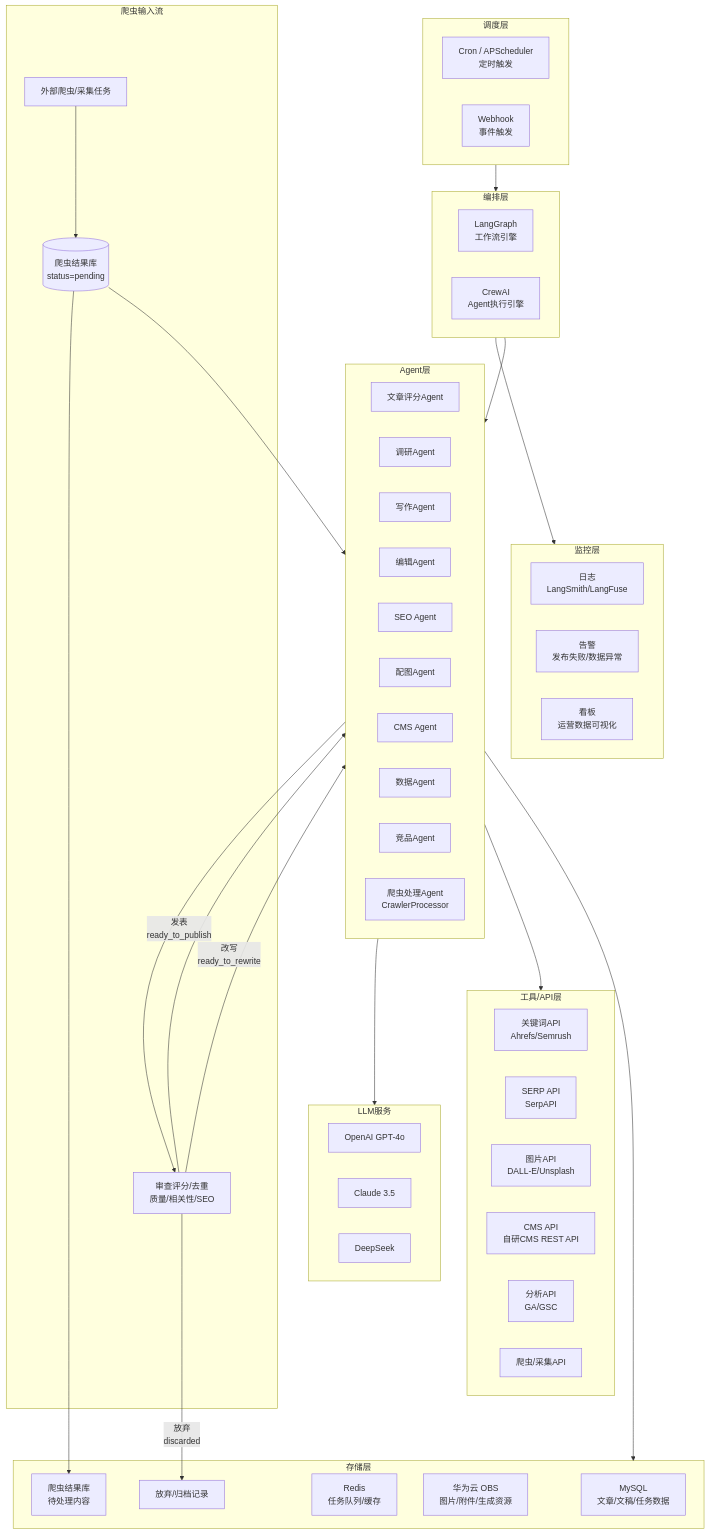
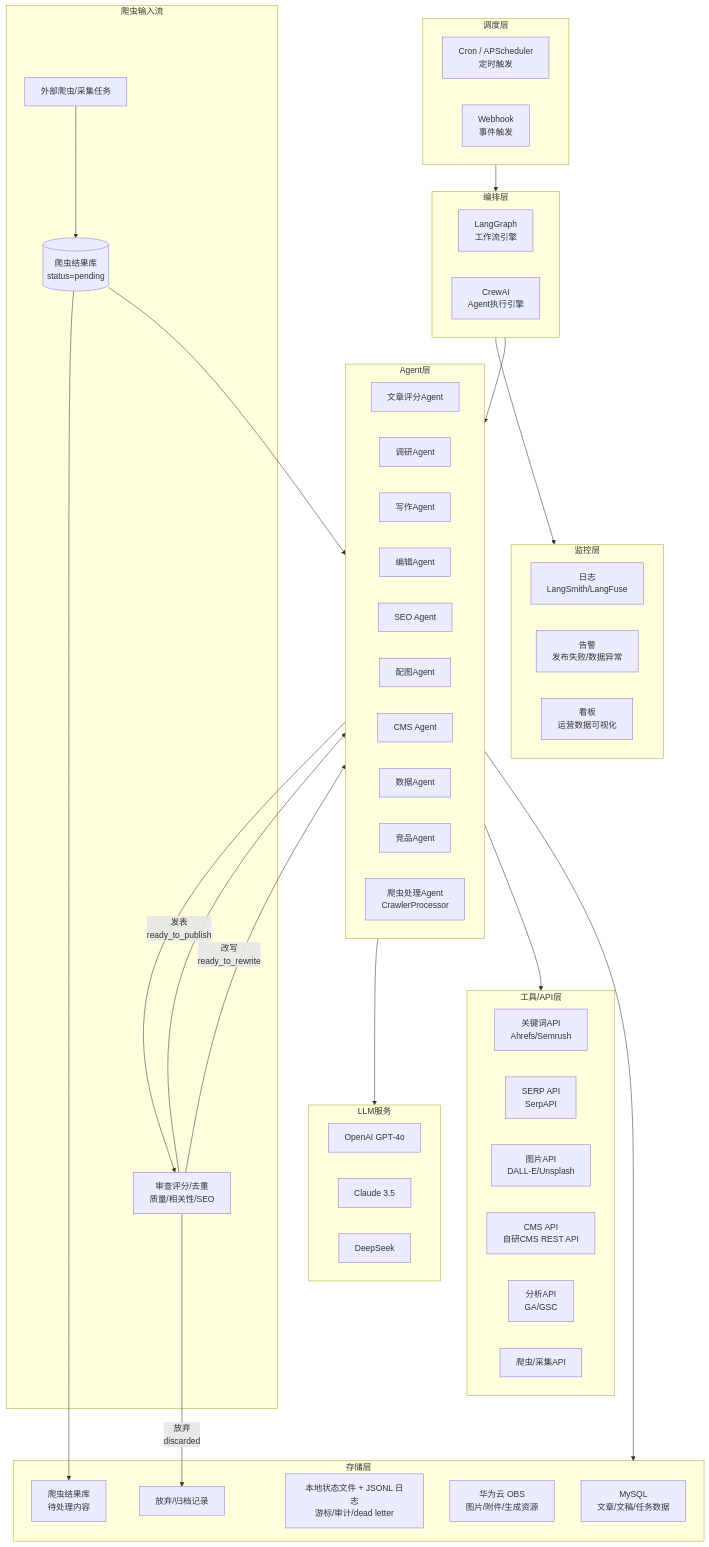
Before and after one commit to flyingsnowzz/Multi-Agent-Automatic-Operation-Website: the sixth of 10 diagrams in 多Agent自动运营网站方案.md, drawn with Mermaid. The commit also changed other lines of this file and 69 other files, not shown here.

````diff
--- a/多Agent自动运营网站方案.md
+++ b/多Agent自动运营网站方案.md
@@ -962,76 +962,76 @@
 ```mermaid
 flowchart TD
     subgraph SCHEDULER["调度层"]
         CRON["Cron / APScheduler<br/>定时触发"]
         WEBHOOK["Webhook<br/>事件触发"]
     end
 
     subgraph CRAWLER_FLOW["爬虫输入流"]
         SPIDER["外部爬虫/采集任务"]
         CRAWLER_DB[("爬虫结果库<br/>status=pending")]
         REVIEW["审查评分/去重<br/>质量/相关性/SEO"]
     end
 
     subgraph ORCHESTRATOR["编排层"]
         LANGGRAPH["LangGraph<br/>工作流引擎"]
         CREWAI["CrewAI<br/>Agent执行引擎"]
     end
 
     subgraph AGENTS["Agent层"]
     		direction LR
         A1["文章评分Agent"]
         A2["调研Agent"]
         A3["写作Agent"] 
         
         %% 第二行
         A4["编辑Agent"] 
         A5["SEO Agent"]
         A6["配图Agent"] 
         A7["CMS Agent"]
         A8["数据Agent"]
         A9["竞品Agent"]
         A10["爬虫处理Agent<br/>CrawlerProcessor"]
     end
 
     subgraph LLM["LLM服务"]
         OPENAI["OpenAI GPT-4o"]
         CLAUDE["Claude 3.5"]
         DEEPSEEK["DeepSeek"]
     end
 
     subgraph TOOLS["工具/API层"]
         KW_API["关键词API<br/>Ahrefs/Semrush"]
         SERP_API["SERP API<br/>SerpAPI"]
         IMG_API["图片API<br/>DALL-E/Unsplash"]
         CMS_API["CMS API<br/>自研CMS REST API"]
         GA_API["分析API<br/>GA/GSC"]
         CRAWLER_API["爬虫/采集API"]
     end
 
     subgraph STORAGE["存储层"]
         DB["MySQL<br/>文章/文稿/任务数据"]
         CRAWL_STORE["爬虫结果库<br/>待处理内容"]
-        REDIS["Redis<br/>任务队列/缓存"]
+        STATE["本地状态文件 + JSONL 日志<br/>游标/审计/dead letter"]
         S3["华为云 OBS<br/>图片/附件/生成资源"]
         DISCARD["放弃/归档记录"]
     end
 
     subgraph MONITOR["监控层"]
         LOG["日志<br/>LangSmith/LangFuse"]
         ALERT["告警<br/>发布失败/数据异常"]
         DASHBOARD["看板<br/>运营数据可视化"]
     end
 
     SCHEDULER --> ORCHESTRATOR --> AGENTS
     SPIDER --> CRAWLER_DB
     CRAWLER_DB --> A10
     A10 --> REVIEW
     REVIEW -->|"发表<br/>ready_to_publish"| A7
     REVIEW -->|"改写<br/>ready_to_rewrite"| A3
     REVIEW -->|"放弃<br/>discarded"| DISCARD
     AGENTS --> LLM
     AGENTS --> TOOLS
     AGENTS --> STORAGE
     CRAWLER_DB --> CRAWL_STORE
     ORCHESTRATOR --> MONITOR
 ```
````
